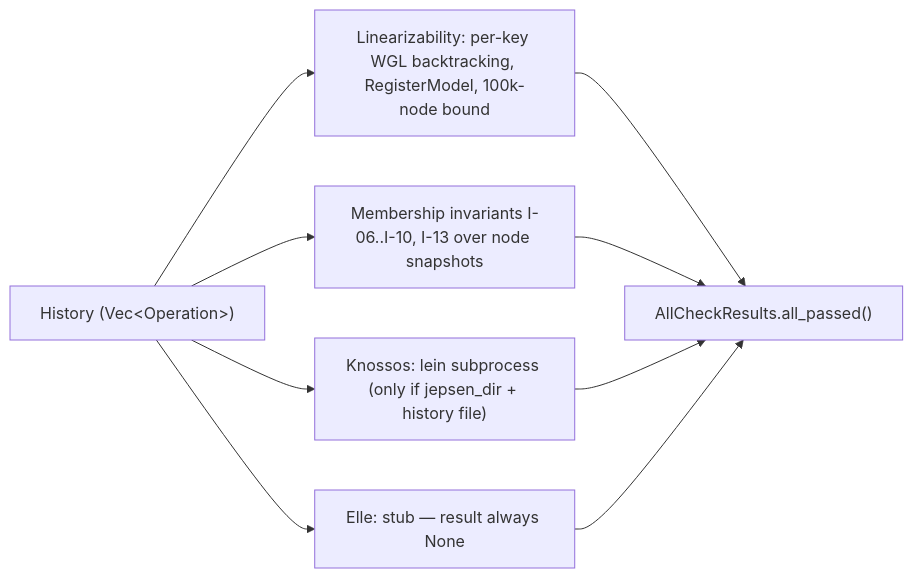
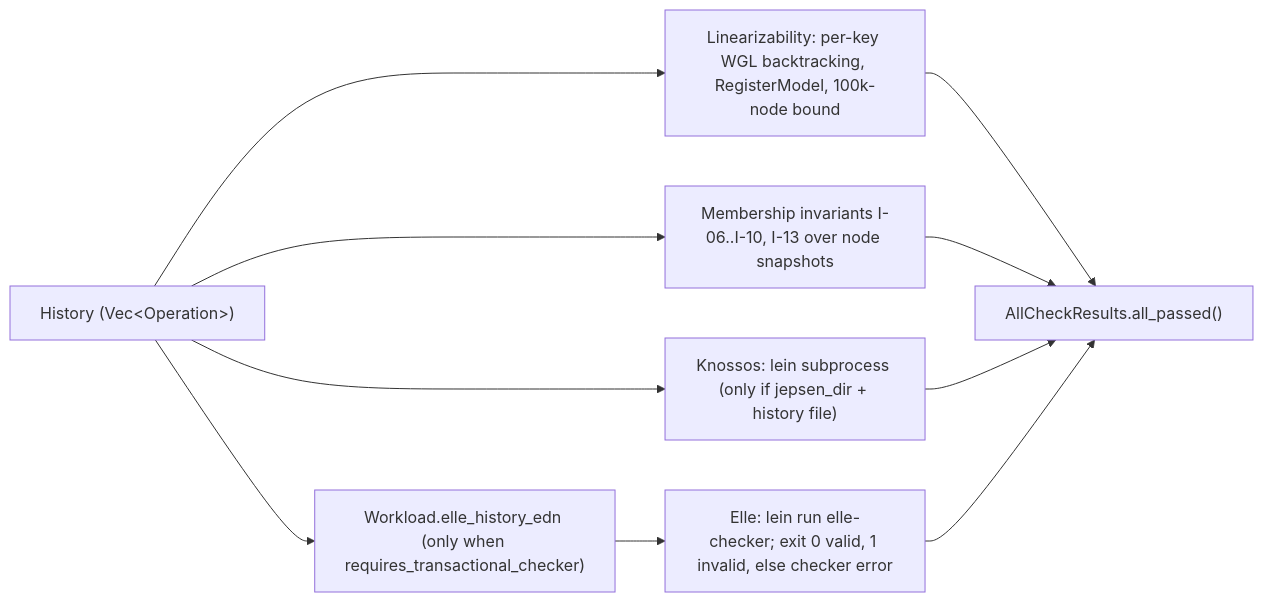
The second of 2 diagrams in ferrosa-jepsen/specs/overview.md (ferrosadb/ferrosa), drawn with Mermaid before and after one commit. The commit also changed other lines of this file and 16 other files, not shown here.

````diff
--- a/ferrosa-jepsen/specs/overview.md
+++ b/ferrosa-jepsen/specs/overview.md
@@ -92,11 +92,12 @@
 ```mermaid
 flowchart LR
     H["History (Vec&lt;Operation&gt;)"] --> LIN["Linearizability: per-key WGL backtracking, RegisterModel, 100k-node bound"]
     H --> MEM["Membership invariants I-06..I-10, I-13 over node snapshots"]
     H --> KN["Knossos: lein subprocess (only if jepsen_dir + history file)"]
-    H --> EL["Elle: stub — result always None"]
+    H --> EDN["Workload.elle_history_edn (only when requires_transactional_checker)"]
+    EDN --> EL["Elle: lein run elle-checker; exit 0 valid, 1 invalid, else checker error"]
     LIN --> AGG["AllCheckResults.all_passed()"]
     MEM --> AGG
     KN --> AGG
     EL --> AGG
 ```
````
